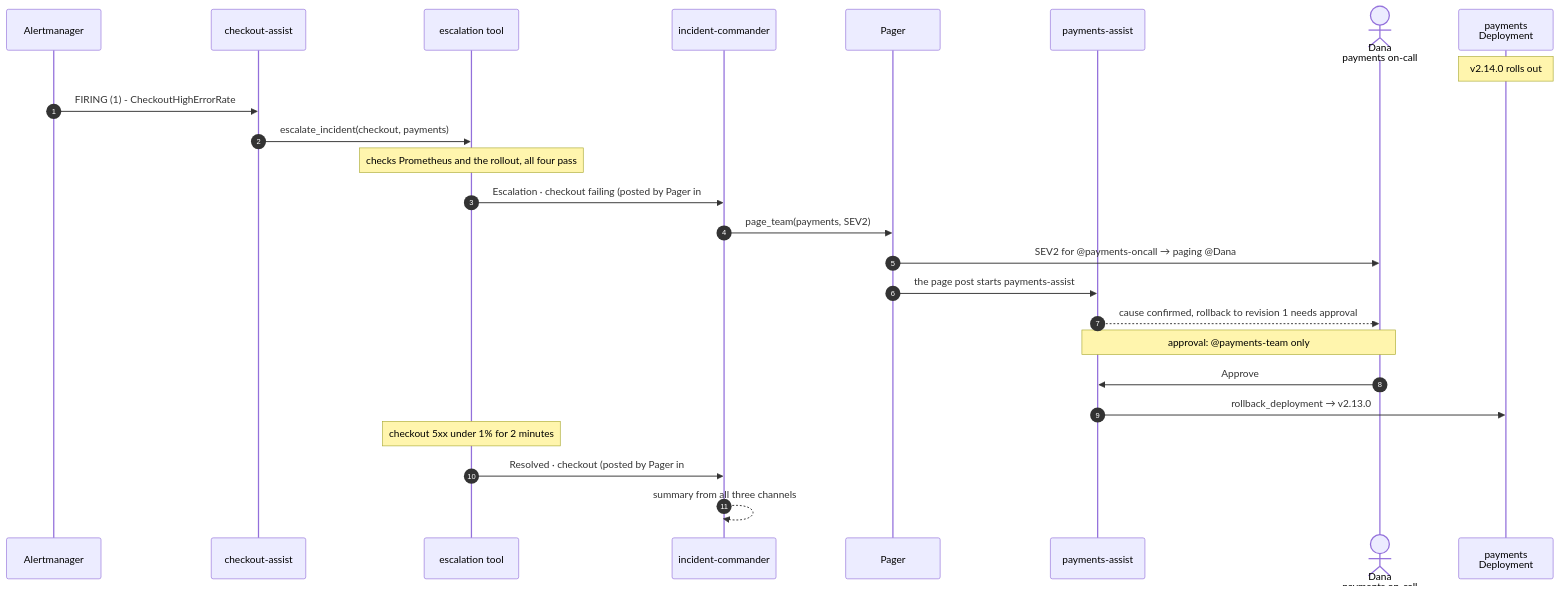
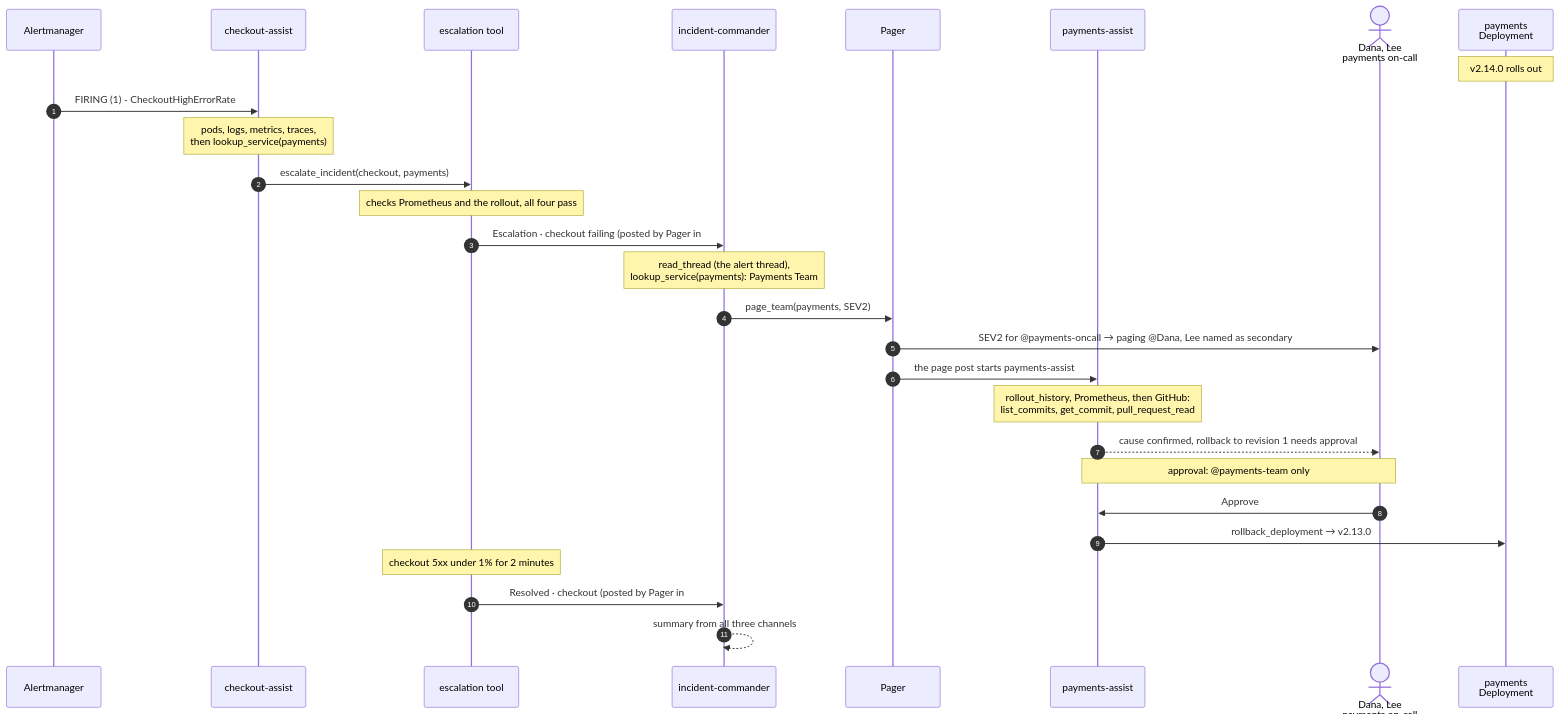
One commit to agentkourier/kourier-incident-demo changed the diagram in README.md. Above: the diagram before and after it, drawn with Mermaid. The commit also changed other lines of this file, not shown here.

````diff
--- a/README.md
+++ b/README.md
@@ -44,28 +44,31 @@
 ```mermaid
 sequenceDiagram
     autonumber
     participant AM as Alertmanager
     participant CA as checkout-assist
     participant ES as escalation tool
     participant IC as incident-commander
     participant PG as Pager
     participant PA as payments-assist
-    actor Dana as Dana<br/>payments on-call
+    actor Ops as Dana, Lee<br/>payments on-call
     participant Pay as payments<br/>Deployment
 
     Note over Pay: v2.14.0 rolls out
     AM->>CA: FIRING (1) - CheckoutHighErrorRate
+    Note over CA: pods, logs, metrics, traces,<br/>then lookup_service(payments)
     CA->>ES: escalate_incident(checkout, payments)
     Note over ES: checks Prometheus and the rollout, all four pass
     ES->>IC: Escalation · checkout failing (posted by Pager in #incidents)
+    Note over IC: read_thread (the alert thread),<br/>lookup_service(payments): Payments Team
     IC->>PG: page_team(payments, SEV2)
-    PG->>Dana: SEV2 for @payments-oncall → paging @Dana
+    PG->>Ops: SEV2 for @payments-oncall → paging @Dana, Lee named as secondary
     PG->>PA: the page post starts payments-assist
-    PA-->>Dana: cause confirmed, rollback to revision 1 needs approval
-    Note over Dana,PA: approval: @payments-team only
-    Dana->>PA: Approve
+    Note over PA: rollout_history, Prometheus, then GitHub:<br/>list_commits, get_commit, pull_request_read
+    PA-->>Ops: cause confirmed, rollback to revision 1 needs approval
+    Note over Ops,PA: approval: @payments-team only
+    Ops->>PA: Approve
     PA->>Pay: rollback_deployment → v2.13.0
     Note over ES: checkout 5xx under 1% for 2 minutes
     ES->>IC: Resolved · checkout (posted by Pager in #incidents)
     IC-->>IC: summary from all three channels
 ```
````
